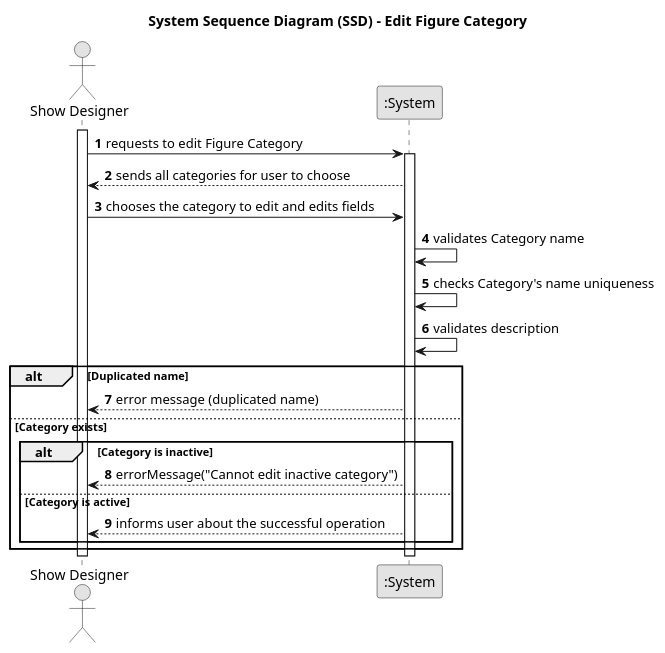
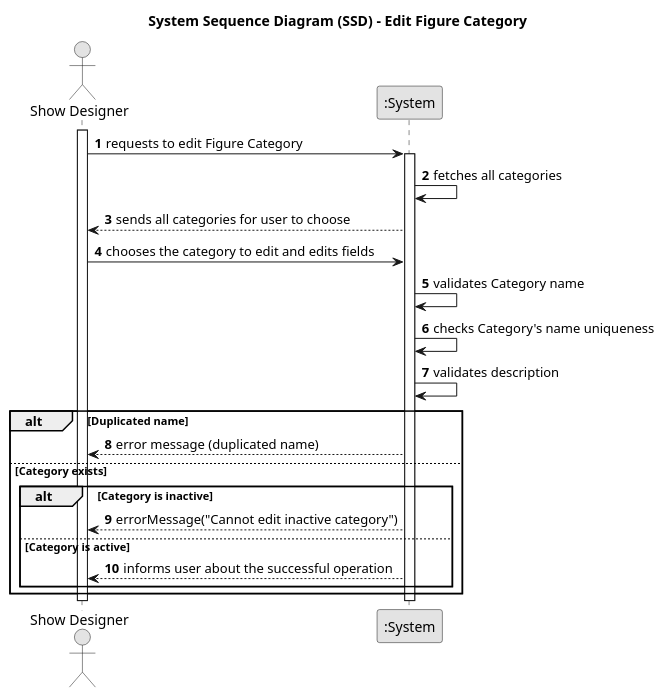
The diagram in docs/planning/sprint2/EAPLI/US246 - Edit figure category/01.requirements-engineering/puml/us246-system-sequence-diagram.puml (SAEmanuel/Shodrone_ISEP), drawn with PlantUML before and after one commit. The commit also changed 4 other files, not shown here.

```diff
--- a/docs/planning/sprint2/EAPLI/US246 - Edit figure category/01.requirements-engineering/puml/us246-system-sequence-diagram.puml
+++ b/docs/planning/sprint2/EAPLI/US246 - Edit figure category/01.requirements-engineering/puml/us246-system-sequence-diagram.puml
@@ -1,39 +1,39 @@
 @startuml
 skinparam monochrome true
 skinparam packageStyle rectangle
 skinparam shadowing false
 
 title System Sequence Diagram (SSD) - Edit Figure Category
 
 autonumber
 
 actor "Show Designer" as SD
 participant ":System" as System
 
 activate SD
 
 SD -> System: requests to edit Figure Category
 activate System
-
+System -> System: fetches all categories
 System --> SD: sends all categories for user to choose
 SD -> System : chooses the category to edit and edits fields
 System -> System: validates Category name
 System -> System: checks Category's name uniqueness
 System -> System: validates description
 
 alt Duplicated name
  System --> SD: error message (duplicated name)
 else Category exists
 
     alt Category is inactive
         System --> SD: errorMessage("Cannot edit inactive category")
     else Category is active
         System --> SD: informs user about the successful operation
 
     end
 end
 
 deactivate System
 deactivate SD
 
 @enduml
```
